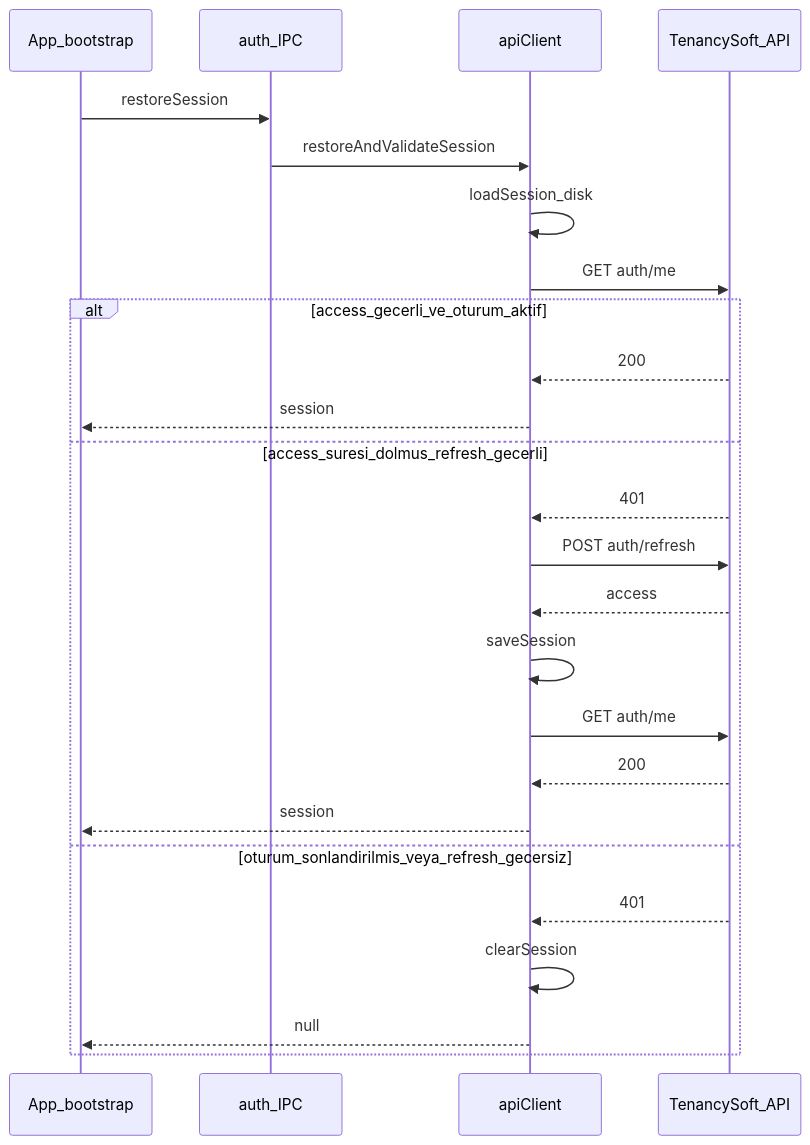
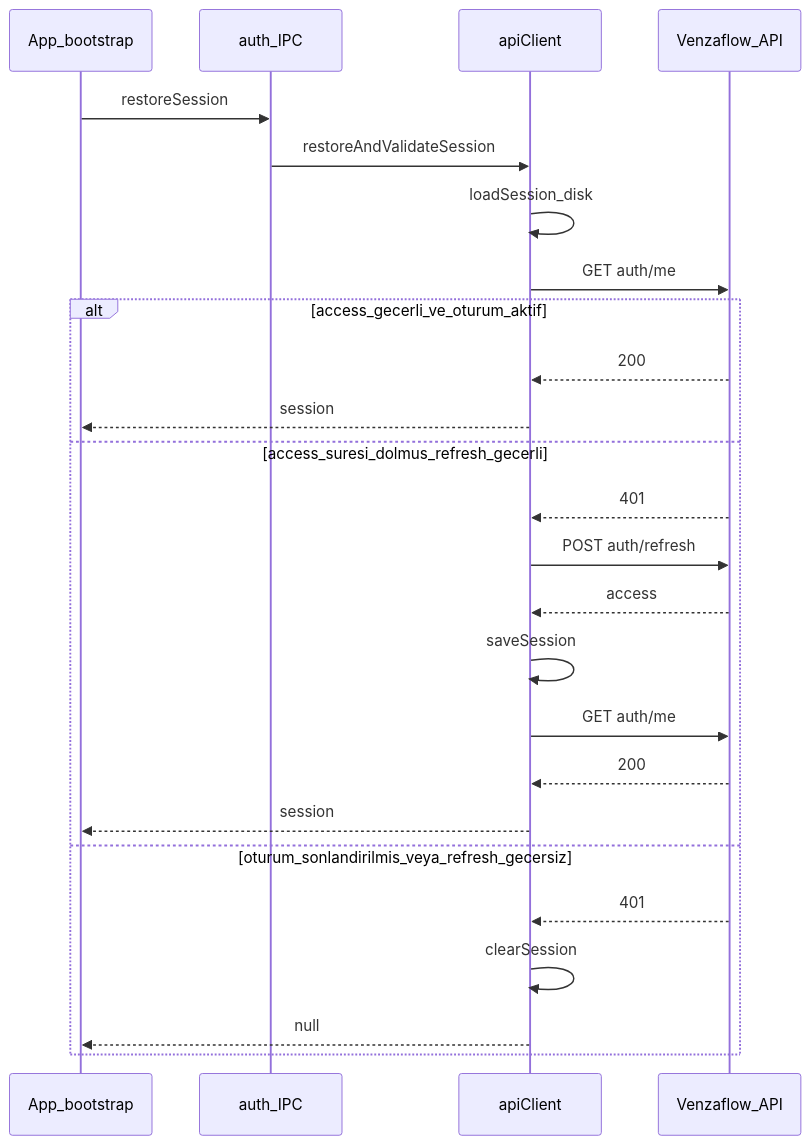
One commit to aykuttars/venzaflow changed the diagram in eimza/.cursor/plans/token_doğrulama_ve_yenileme_331f9903.plan.md. Above: the diagram before and after it, drawn with Mermaid. The commit also changed 26 other files, not shown here.

````diff
--- a/eimza/.cursor/plans/token_doğrulama_ve_yenileme_331f9903.plan.md
+++ b/eimza/.cursor/plans/token_doğrulama_ve_yenileme_331f9903.plan.md
@@ -43,28 +43,28 @@
 ```mermaid
 sequenceDiagram
     participant App as App_bootstrap
     participant IPC as auth_IPC
     participant API as apiClient
-    participant Server as TenancySoft_API
+    participant Server as Venzaflow_API
 
     App->>IPC: restoreSession
     IPC->>API: restoreAndValidateSession
     API->>API: loadSession_disk
     API->>Server: GET auth/me
     alt access_gecerli_ve_oturum_aktif
         Server-->>API: 200
         API-->>App: session
     else access_suresi_dolmus_refresh_gecerli
         Server-->>API: 401
         API->>Server: POST auth/refresh
         Server-->>API: access
         API->>API: saveSession
         API->>Server: GET auth/me
         Server-->>API: 200
         API-->>App: session
     else oturum_sonlandirilmis_veya_refresh_gecersiz
         Server-->>API: 401
         API->>API: clearSession
         API-->>App: null
     end
 ```
````
